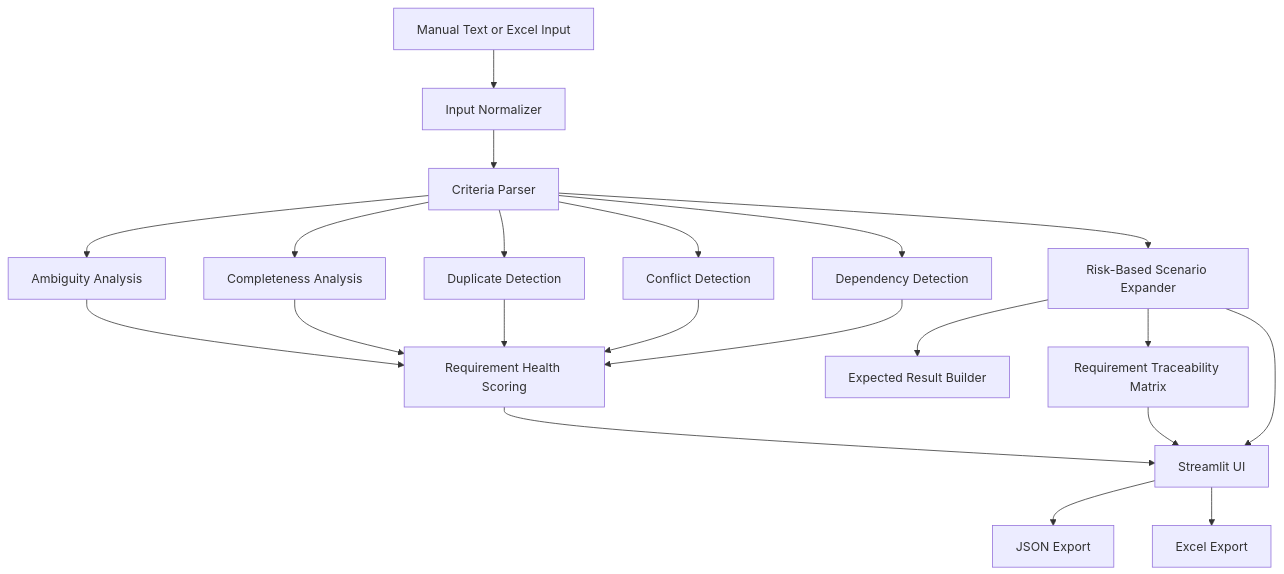
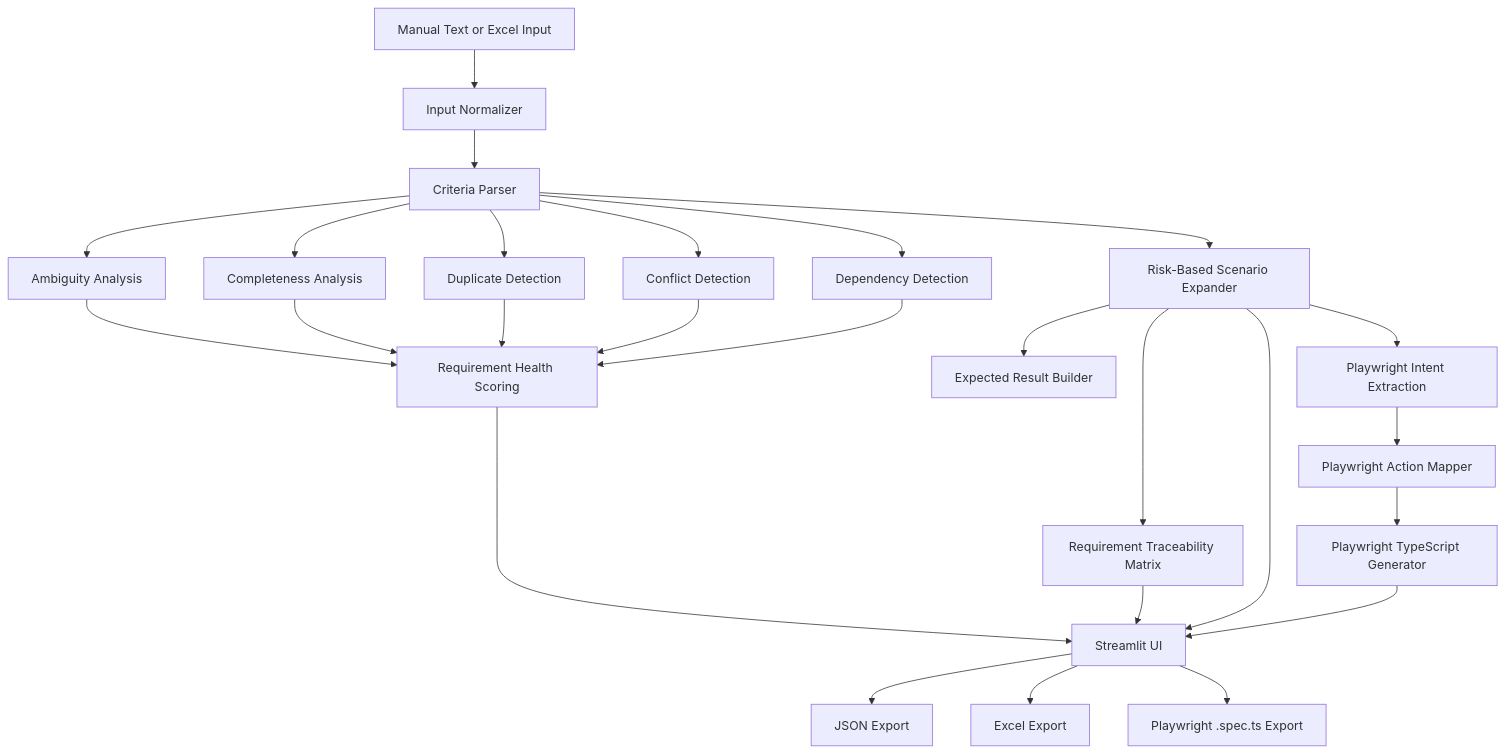
The diagram in README.md (gaya3bollineni/Spec2Test-Intelligence), drawn with Mermaid before and after one commit. The commit also changed other lines of this file and 6 other files, not shown here.

````diff
--- a/README.md
+++ b/README.md
@@ -147,28 +248,36 @@
 ```mermaid
 flowchart TD
     A[Manual Text or Excel Input] --> B[Input Normalizer]
+
     B --> C[Criteria Parser]
 
     C --> D[Ambiguity Analysis]
     C --> E[Completeness Analysis]
     C --> F[Duplicate Detection]
     C --> G[Conflict Detection]
     C --> H[Dependency Detection]
 
     D --> I[Requirement Health Scoring]
     E --> I
     F --> I
     G --> I
     H --> I
 
     C --> J[Risk-Based Scenario Expander]
+
     J --> K[Expected Result Builder]
     J --> L[Requirement Traceability Matrix]
+    J --> P[Playwright Intent Extraction]
+
+    P --> Q[Playwright Action Mapper]
+    Q --> R[Playwright TypeScript Generator]
 
     I --> M[Streamlit UI]
     L --> M
     J --> M
+    R --> M
 
     M --> N[JSON Export]
     M --> O[Excel Export]
+    M --> S[Playwright .spec.ts Export]
 ```
````
